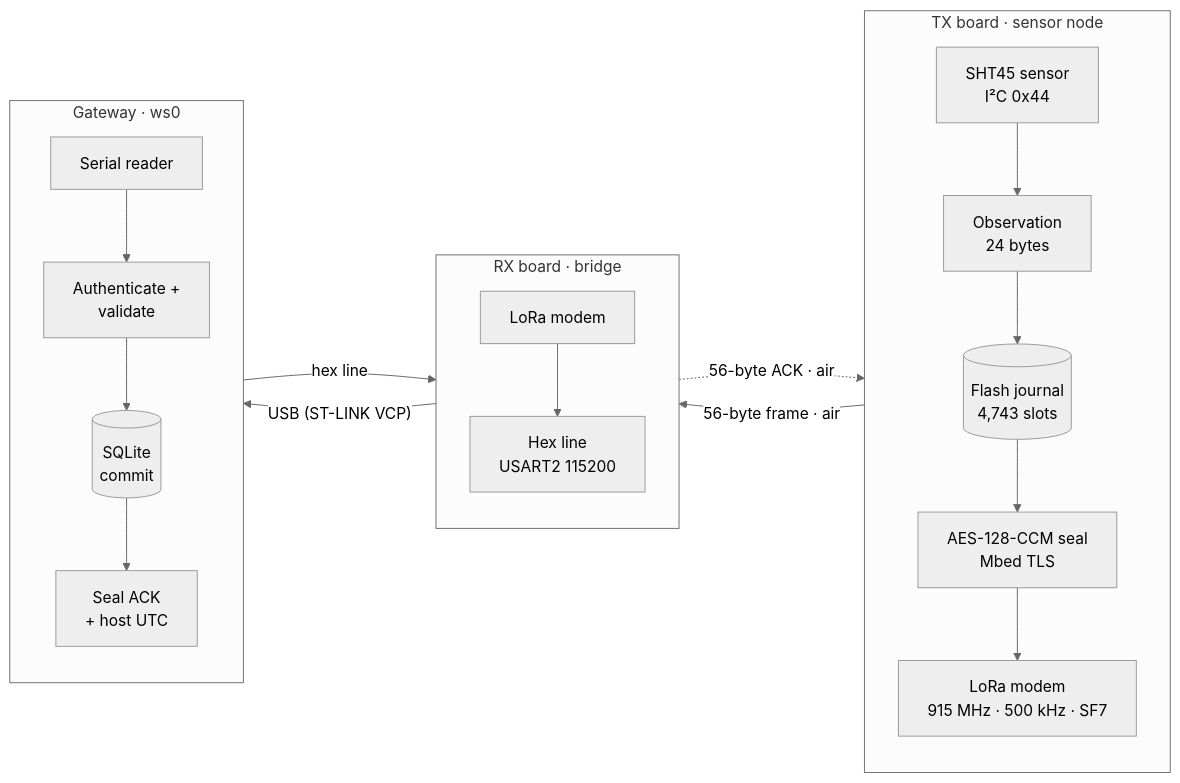
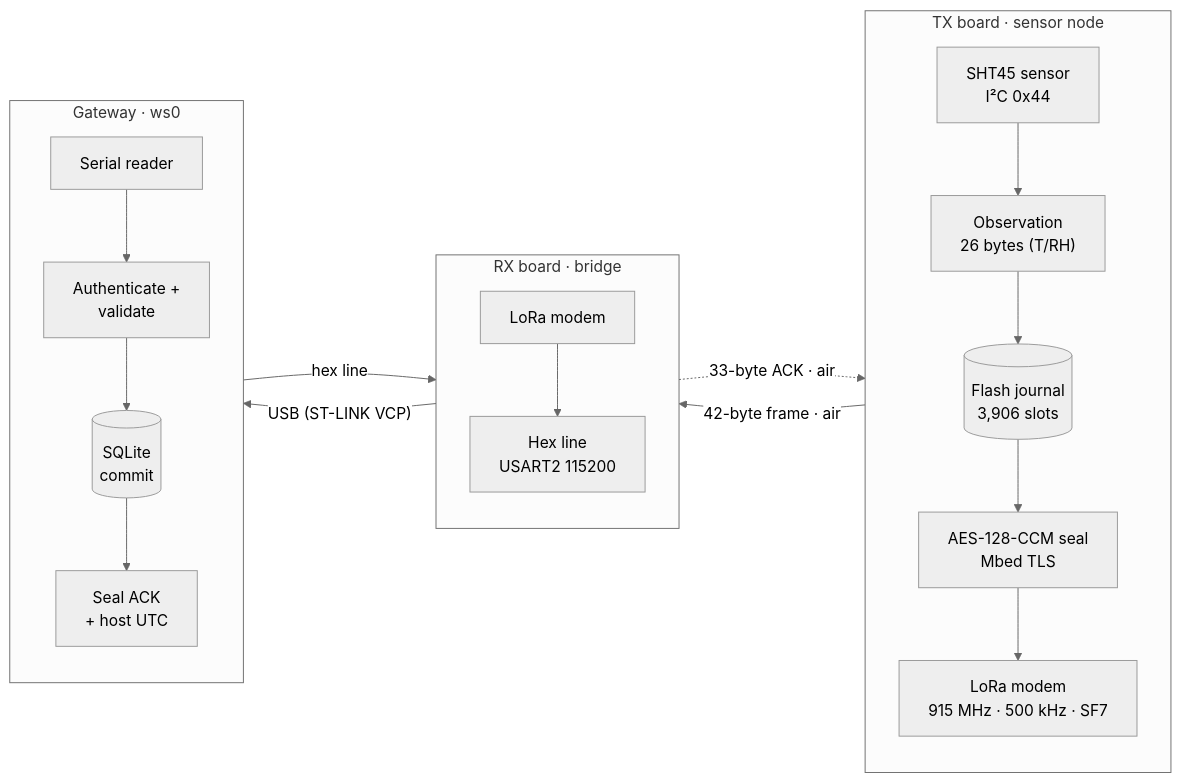
Before and after one commit to clintecker/weather-station-2026: the first of 11 diagrams in docs/protocol-stack.md, drawn with Mermaid (neutral theme). The commit also changed other lines of this file and 11 other files, not shown here.

````diff
--- a/docs/protocol-stack.md
+++ b/docs/protocol-stack.md
@@ -34,24 +34,24 @@
 ```mermaid
 flowchart LR
   subgraph TX["TX board · sensor node"]
     direction TB
-    S["SHT45 sensor<br/>I²C 0x44"] --> M["Observation<br/>24 bytes"]
-    M --> J[("Flash journal<br/>4,743 slots")]
+    S["SHT45 sensor<br/>I²C 0x44"] --> M["Observation<br/>26 bytes (T/RH)"]
+    M --> J[("Flash journal<br/>3,906 slots")]
     J --> E["AES-128-CCM seal<br/>Mbed TLS"]
     E --> R1["LoRa modem<br/>915 MHz · 500 kHz · SF7"]
   end
   subgraph RX["RX board · bridge"]
     direction TB
     R2["LoRa modem"] --> H["Hex line<br/>USART2 115200"]
   end
   subgraph HOST["Gateway · ws0"]
     direction TB
     U["Serial reader"] --> V["Authenticate +<br/>validate"]
     V --> D[("SQLite<br/>commit")]
     D --> A["Seal ACK<br/>+ host UTC"]
   end
-  R1 -- "56-byte frame · air" --> R2
+  R1 -- "42-byte frame · air" --> R2
   H -- "USB (ST-LINK VCP)" --> U
   A -- "hex line" --> H
-  R2 -. "56-byte ACK · air" .-> R1
+  R2 -. "33-byte ACK · air" .-> R1
 ```
````
